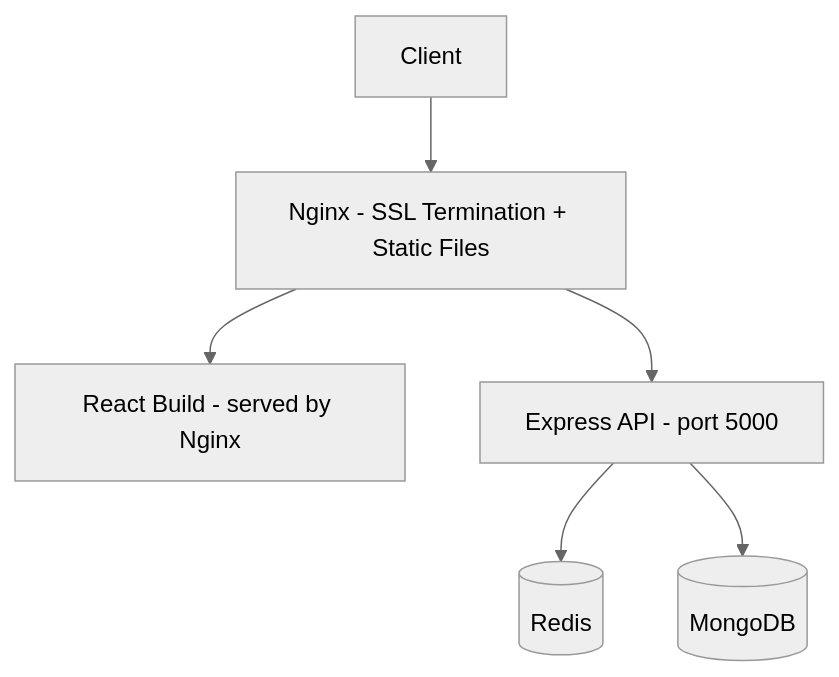
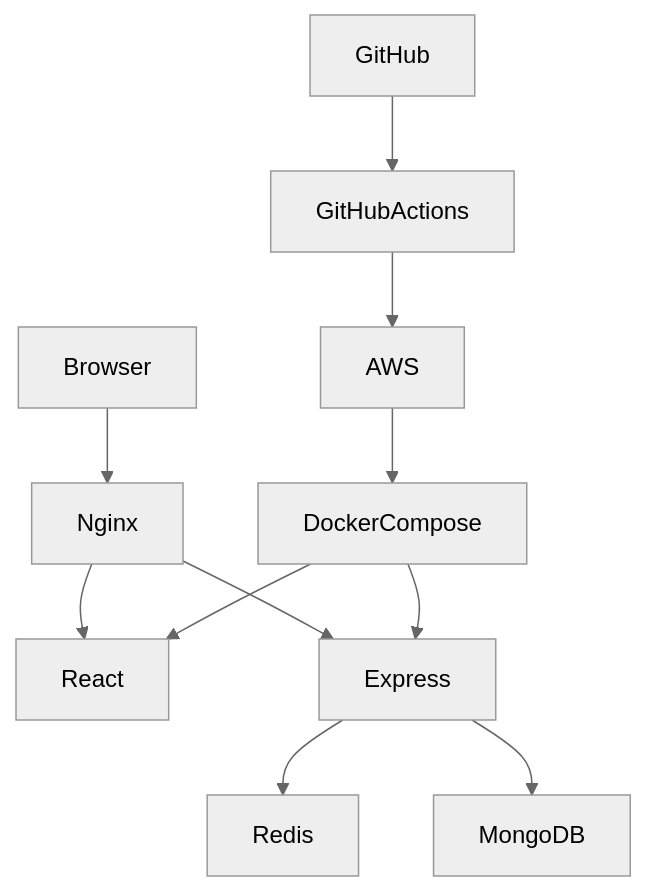
One commit to anwarbuilds1/snaplink changed diagram 11 of 11 in README.md. Above: the diagram before and after it, drawn with Mermaid (neutral theme). The commit also changed other lines of this file and 9 other files, not shown here.

````diff
--- a/README.md
+++ b/README.md
@@ -621,8 +689,20 @@
 ```mermaid
 flowchart TD
-  A[Client] --> B[Nginx - SSL Termination + Static Files]
-  B --> C[React Build - served by Nginx]
-  B --> D[Express API - port 5000]
-  D --> E[(Redis)]
-  D --> F[(MongoDB)]
+
+Browser --> Nginx
+
+Nginx --> React
+Nginx --> Express
+
+Express --> Redis
+Express --> MongoDB
+
+GitHub --> GitHubActions
+
+GitHubActions --> AWS
+
+AWS --> DockerCompose
+
+DockerCompose --> React
+DockerCompose --> Express
 ```
````
